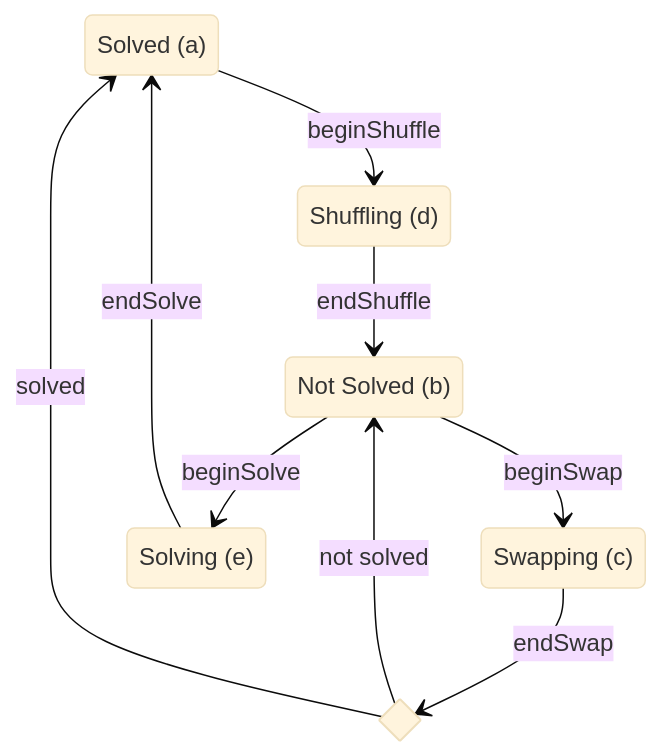
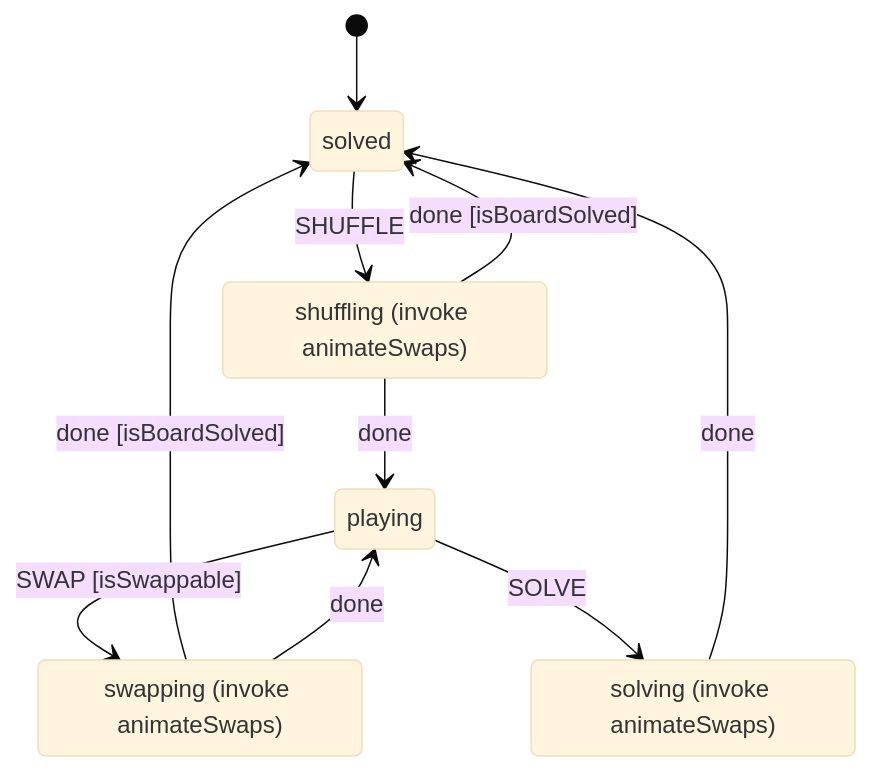
One commit to grancalavera/15-puzzle changed the diagram in README.md. Above: the diagram before and after it, drawn with Mermaid (base theme). The commit also changed other lines of this file, not shown here.

Commit message:
Document the game state machine in the README

````diff
--- a/README.md
+++ b/README.md
@@ -5,23 +9,16 @@
 ```mermaid
-stateDiagram
+stateDiagram-v2
+  [*] --> solved
+  shuffling: shuffling (invoke animateSwaps)
+  swapping: swapping (invoke animateSwaps)
+  solving: solving (invoke animateSwaps)
 
-a: Solved (a)
-b: Not Solved (b)
-c: Swapping (c)
-d: Shuffling (d)
-e: Solving (e)
-
-state c1 <<choice>>
-
-a --> d: beginShuffle
-d --> b: endShuffle
-
-b --> c: beginSwap
-c --> c1: endSwap
-
-c1 --> b: not solved
-c1 --> a: solved
-
-b --> e: beginSolve
-e --> a: endSolve
+  solved --> shuffling: SHUFFLE
+  shuffling --> solved: done [isBoardSolved]
+  shuffling --> playing: done
+  playing --> swapping: SWAP [isSwappable]
+  playing --> solving: SOLVE
+  swapping --> solved: done [isBoardSolved]
+  swapping --> playing: done
+  solving --> solved: done
 ```
````
